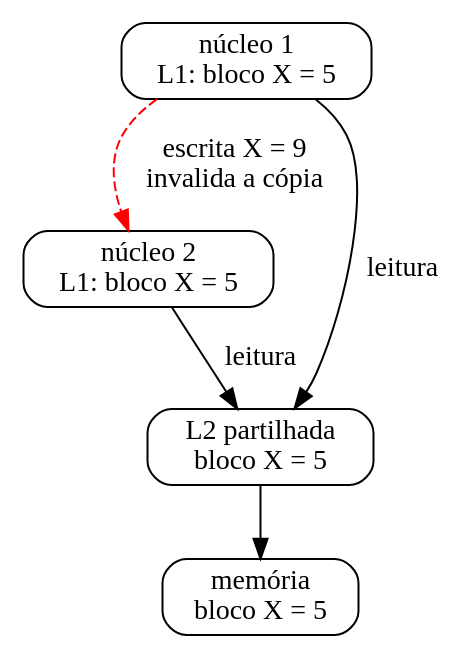
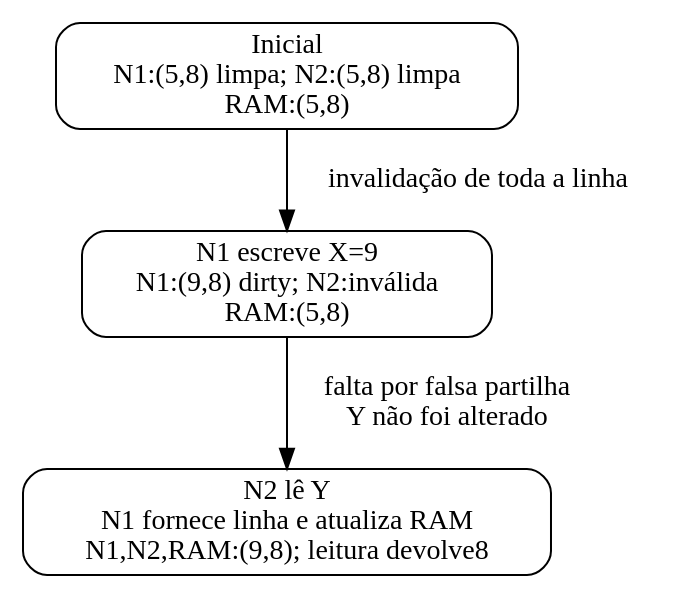
Before and after one commit to rodrgds/resumos: the diagram in src/content/ac/coerencia.dot, drawn with Graphviz. The commit also changed 48 other files, not shown here.

```diff
--- a/src/content/ac/coerencia.dot
+++ b/src/content/ac/coerencia.dot
@@ -1,12 +1,9 @@
 digraph Coerencia {
   rankdir=TB;
   node [shape=box, style=rounded];
-  N1 [label="núcleo 1\nL1: bloco X = 5"];
-  N2 [label="núcleo 2\nL1: bloco X = 5"];
-  L2 [label="L2 partilhada\nbloco X = 5"];
-  MEM [label="memória\nbloco X = 5"];
-  N1 -> L2 [label="leitura"];
-  N2 -> L2 [label="leitura"];
-  L2 -> MEM;
-  N1 -> N2 [label="escrita X = 9\ninvalida a cópia", style=dashed, color=red];
+  a [label="Inicial\nN1:(5,8) limpa; N2:(5,8) limpa\nRAM:(5,8)"];
+  b [label="N1 escreve X=9\nN1:(9,8) dirty; N2:inválida\nRAM:(5,8)"];
+  c [label="N2 lê Y\nN1 fornece linha e atualiza RAM\nN1,N2,RAM:(9,8); leitura devolve8"];
+  a -> b [label="invalidação de toda a linha"];
+  b -> c [label="falta por falsa partilha\nY não foi alterado"];
 }
```
